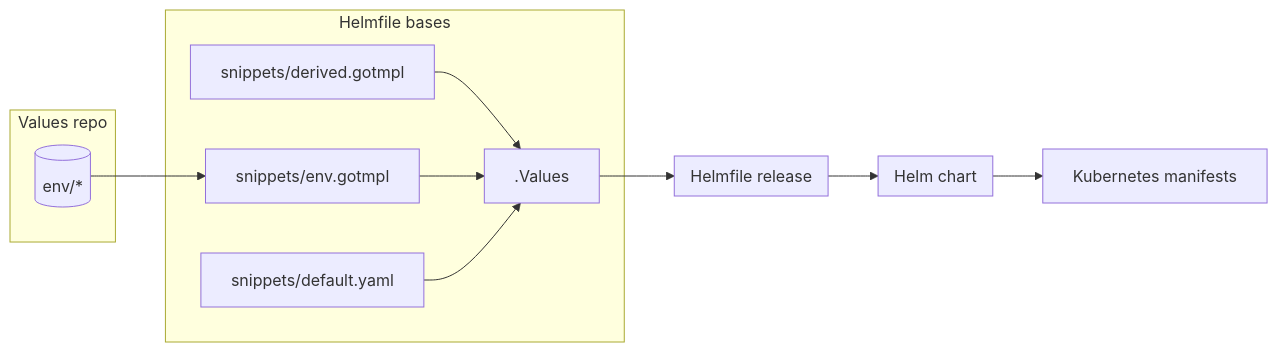
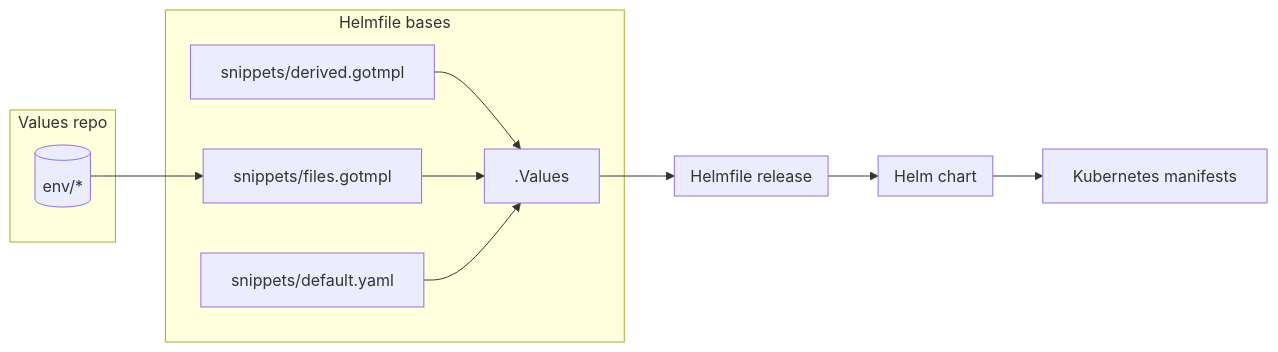
One commit to linode/apl-core changed the first of 4 diagrams in docs/development.md. Above: the diagram before and after it, drawn with Mermaid. The commit also changed other lines of this file and 95 other files, not shown here.

Commit message:
feat: extract all defaults from schema

````diff
--- a/docs/development.md
+++ b/docs/development.md
@@ -85,21 +85,21 @@
 ```mermaid
 flowchart LR
     subgraph HC[Helm chart]
     end
 
     subgraph HR[Helmfile release]
     end
 
     subgraph HB[Helmfile bases]
         snippets/derived.gotmpl --> HV[.Values]
-        snippets/env.gotmpl --> HV
+        snippets/files.gotmpl --> HV
         snippets/default.yaml --> HV
     end
 
     subgraph Values repo
-        R[(env/*)] --> snippets/env.gotmpl
+        R[(env/*)] --> snippets/files.gotmpl
     end
     HV --> HR
     HR --> HC
     HC --> KM[Kubernetes manifests]
 ```
````
